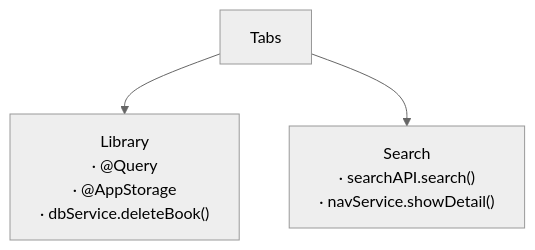
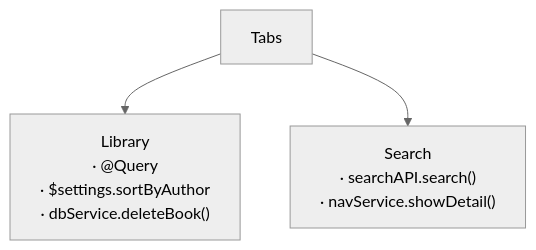
Before and after one commit to sisoje/hypermodular: the third of 8 diagrams in hypermodular/SKILL.md, drawn with Mermaid (neutral theme). The commit also changed other lines of this file and 44 other files, not shown here.

````diff
--- a/hypermodular/SKILL.md
+++ b/hypermodular/SKILL.md
@@ -153,6 +176,6 @@
 ```mermaid
 %% Root: Tabs · Parent: Landing (../MAP.md)
 flowchart TD
-    Tabs --> Library["Library<br/>· @Query<br/>· @AppStorage<br/>· dbService.deleteBook()"]
+    Tabs --> Library["Library<br/>· @Query<br/>· $settings.sortByAuthor<br/>· dbService.deleteBook()"]
     Tabs --> Search["Search<br/>· searchAPI.search()<br/>· navService.showDetail()"]
 ```
````
